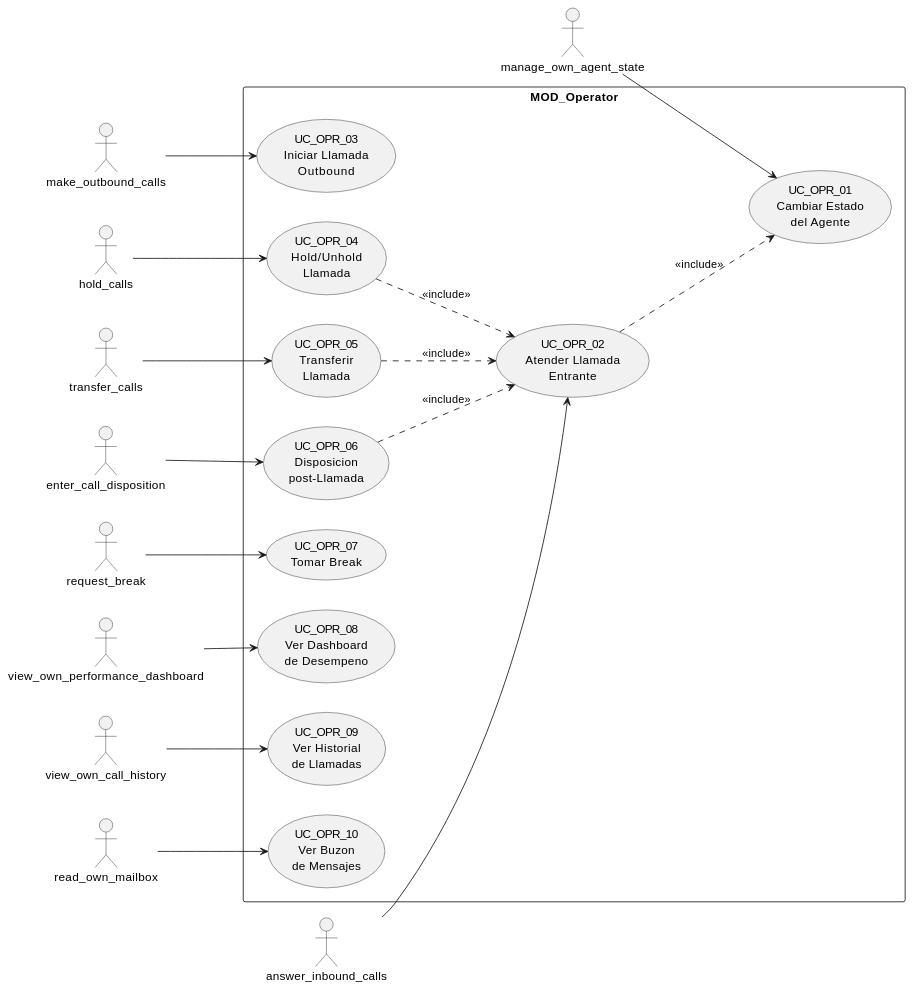
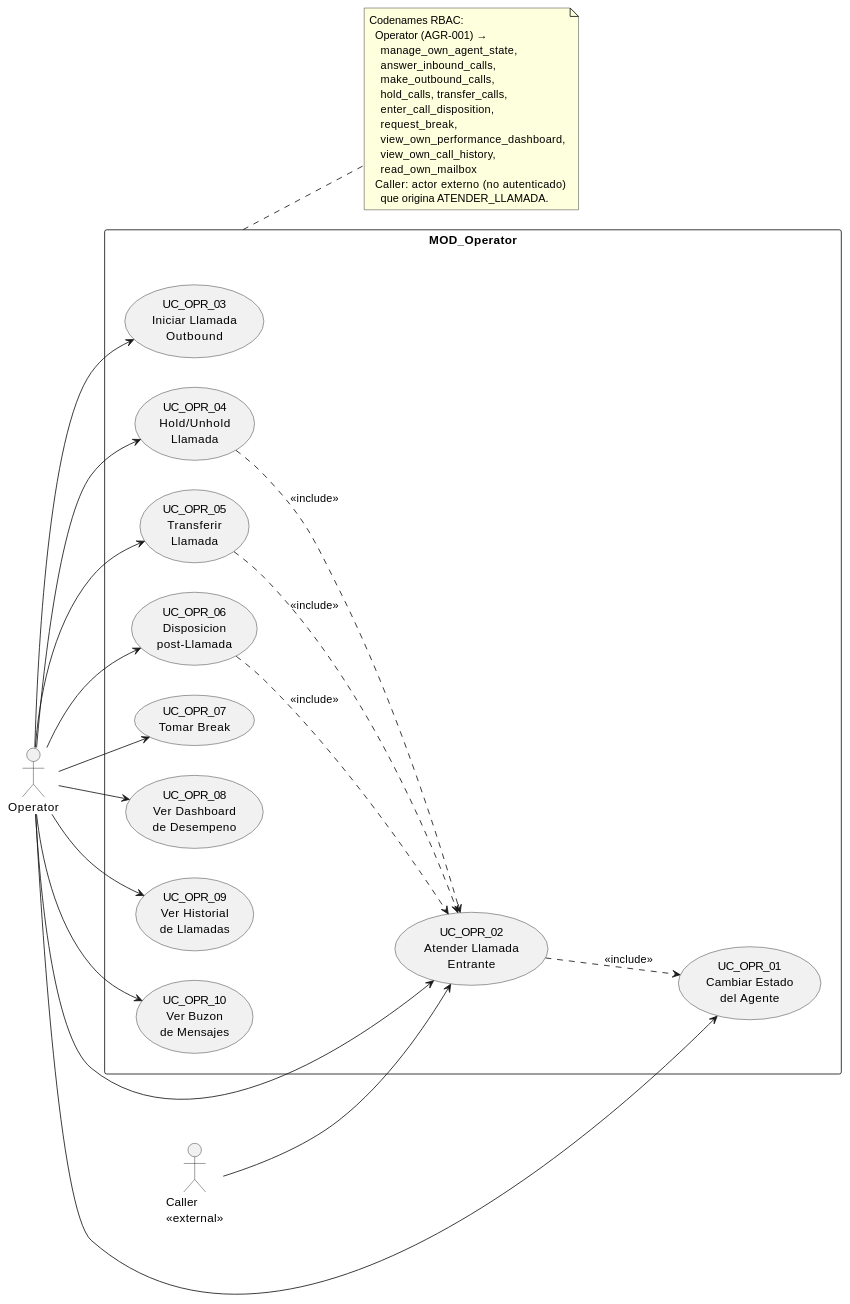
One commit to jcg-admin/IACT-docs changed the diagram in source/arquitectura-tecnica/use-case-view/uc-operator.rst. Above: the diagram before and after it, drawn with PlantUML. The commit also changed other lines of this file and 30 other files, not shown here.

First line of the commit message:
Apply UML-07 conformance to use-case-view: actors as roles

```diff
--- a/source/arquitectura-tecnica/use-case-view/uc-operator.rst
+++ b/source/arquitectura-tecnica/use-case-view/uc-operator.rst
@@ -26,47 +23,58 @@
 .. uml::
- :caption: Figura 25 — MOD_Operator: casos de uso
+ :caption: MOD_Operator — Operator es actor único; Caller
+           es origen externo de llamadas.
 
  @startuml
  left to right direction
 
- actor "manage_own_agent_state" as manage_own_agent_state
- actor "answer_inbound_calls" as answer_inbound_calls
- actor "make_outbound_calls" as make_outbound_calls
- actor "hold_calls" as hold_calls
- actor "transfer_calls" as transfer_calls
- actor "enter_call_disposition" as enter_call_disposition
- actor "request_break" as request_break
- actor "view_own_performance_dashboard" as view_own_performance_dashboard
- actor "view_own_call_history" as view_own_call_history
- actor "read_own_mailbox" as read_own_mailbox
+ actor Operator
+ actor "Caller\n<<external>>" as Caller
 
  rectangle "MOD_Operator" {
    usecase "UC_OPR_01\nCambiar Estado\ndel Agente" as CAMBIAR_ESTADO_AGENTE
    usecase "UC_OPR_02\nAtender Llamada\nEntrante" as ATENDER_LLAMADA
    usecase "UC_OPR_03\nIniciar Llamada\nOutbound" as INICIAR_LLAMADA_OUTBOUND
    usecase "UC_OPR_04\nHold/Unhold\nLlamada" as HOLD_UNHOLD_LLAMADA
    usecase "UC_OPR_05\nTransferir\nLlamada" as TRANSFERIR_LLAMADA
    usecase "UC_OPR_06\nDisposicion\npost-Llamada" as DISPOSICION_POST_LLAMADA
    usecase "UC_OPR_07\nTomar Break" as TOMAR_BREAK
    usecase "UC_OPR_08\nVer Dashboard\nde Desempeno" as VER_DASHBOARD_DESEMPENO
    usecase "UC_OPR_09\nVer Historial\nde Llamadas" as VER_HISTORIAL_LLAMADAS
    usecase "UC_OPR_10\nVer Buzon\nde Mensajes" as VER_BUZON_MENSAJES
  }
 
- manage_own_agent_state --> CAMBIAR_ESTADO_AGENTE
- answer_inbound_calls --> ATENDER_LLAMADA
- make_outbound_calls --> INICIAR_LLAMADA_OUTBOUND
- hold_calls --> HOLD_UNHOLD_LLAMADA
- transfer_calls --> TRANSFERIR_LLAMADA
- enter_call_disposition --> DISPOSICION_POST_LLAMADA
- request_break --> TOMAR_BREAK
- view_own_performance_dashboard --> VER_DASHBOARD_DESEMPENO
- view_own_call_history --> VER_HISTORIAL_LLAMADAS
- read_own_mailbox --> VER_BUZON_MENSAJES
+ Operator --> CAMBIAR_ESTADO_AGENTE
+ Operator --> ATENDER_LLAMADA
+ Operator --> INICIAR_LLAMADA_OUTBOUND
+ Operator --> HOLD_UNHOLD_LLAMADA
+ Operator --> TRANSFERIR_LLAMADA
+ Operator --> DISPOSICION_POST_LLAMADA
+ Operator --> TOMAR_BREAK
+ Operator --> VER_DASHBOARD_DESEMPENO
+ Operator --> VER_HISTORIAL_LLAMADAS
+ Operator --> VER_BUZON_MENSAJES
+
+ Caller --> ATENDER_LLAMADA
 
  ATENDER_LLAMADA ..> CAMBIAR_ESTADO_AGENTE : <<include>>
  DISPOSICION_POST_LLAMADA ..> ATENDER_LLAMADA : <<include>>
  HOLD_UNHOLD_LLAMADA ..> ATENDER_LLAMADA : <<include>>
  TRANSFERIR_LLAMADA ..> ATENDER_LLAMADA : <<include>>
 
+ note right of MOD_Operator
+   Codenames RBAC:
+     Operator (AGR-001) →
+       manage_own_agent_state,
+       answer_inbound_calls,
+       make_outbound_calls,
+       hold_calls, transfer_calls,
+       enter_call_disposition,
+       request_break,
+       view_own_performance_dashboard,
+       view_own_call_history,
+       read_own_mailbox
+     Caller: actor externo (no autenticado)
+       que origina ATENDER_LLAMADA.
+ end note
+
  @enduml
```
